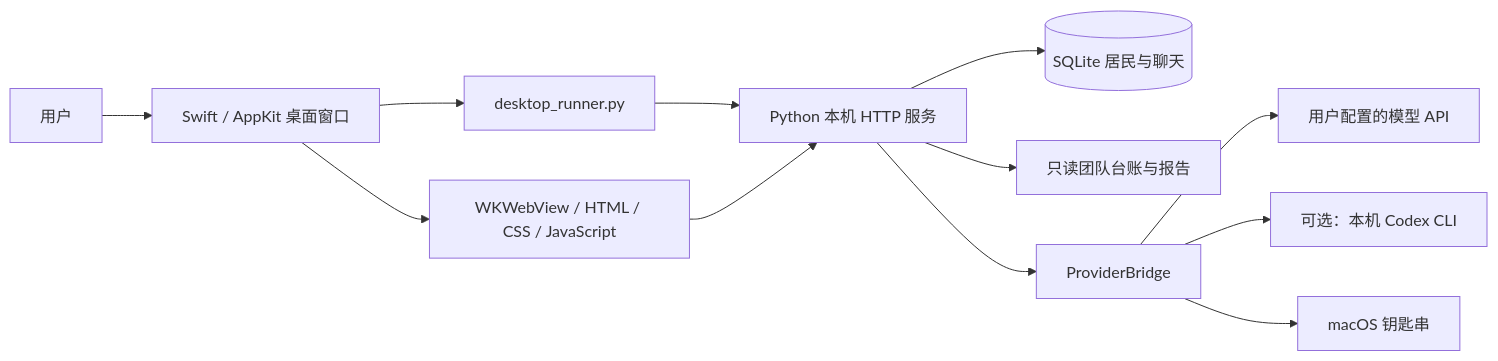
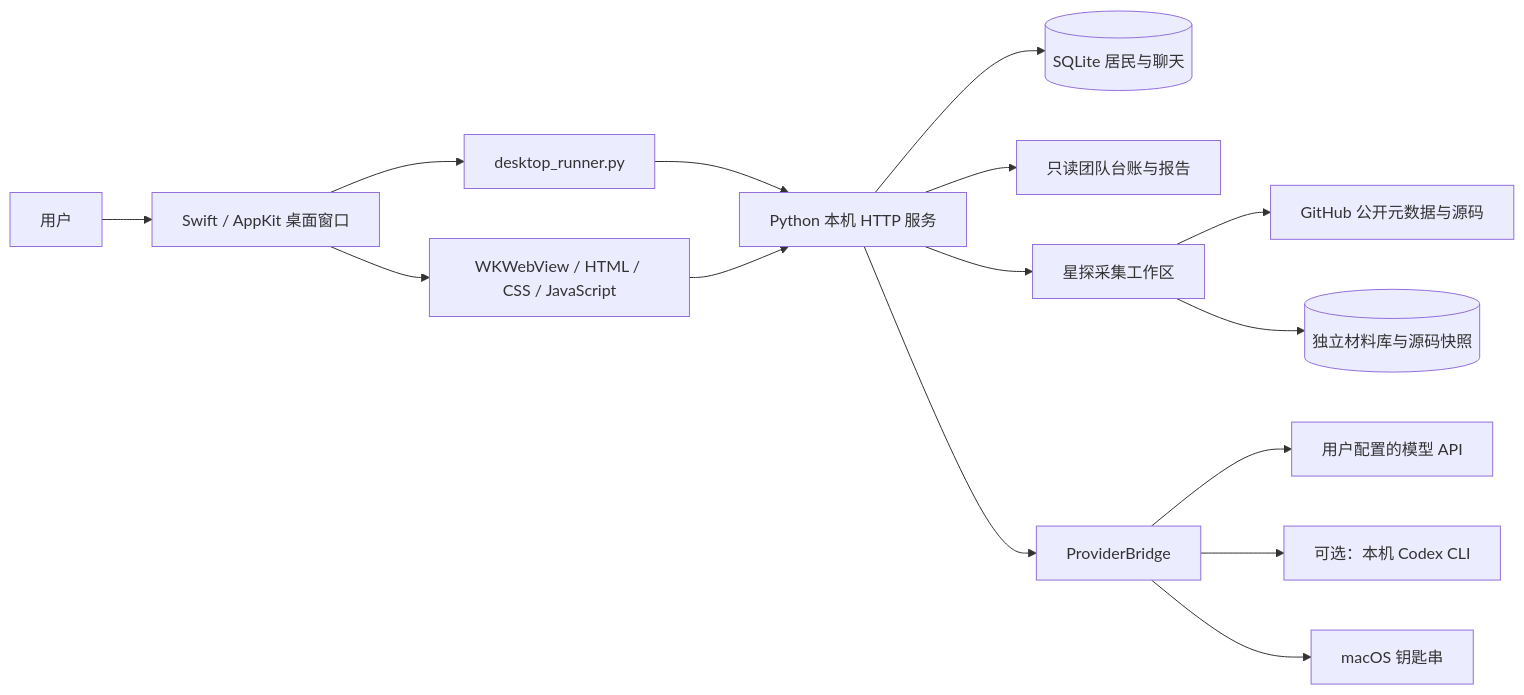
Before and after one commit to 2017Rocke/starhaven-town: the diagram in docs/ARCHITECTURE.md, drawn with Mermaid. The commit also changed other lines of this file and 32 other files, not shown here.

````diff
--- a/docs/ARCHITECTURE.md
+++ b/docs/ARCHITECTURE.md
@@ -7,14 +7,17 @@
 ```mermaid
 flowchart LR
     User[用户] --> Mac[Swift / AppKit 桌面窗口]
     Mac --> Web[WKWebView / HTML / CSS / JavaScript]
     Mac --> Runner[desktop_runner.py]
     Runner --> Server[Python 本机 HTTP 服务]
     Web --> Server
     Server --> DB[(SQLite 居民与聊天)]
     Server --> Ledger[只读团队台账与报告]
+    Server --> Scout[星探采集工作区]
+    Scout --> GitHub[GitHub 公开元数据与源码]
+    Scout --> Materials[(独立材料库与源码快照)]
     Server --> Bridge[ProviderBridge]
     Bridge --> API[用户配置的模型 API]
     Bridge --> Codex[可选：本机 Codex CLI]
     Bridge --> Keychain[macOS 钥匙串]
 ```
````
